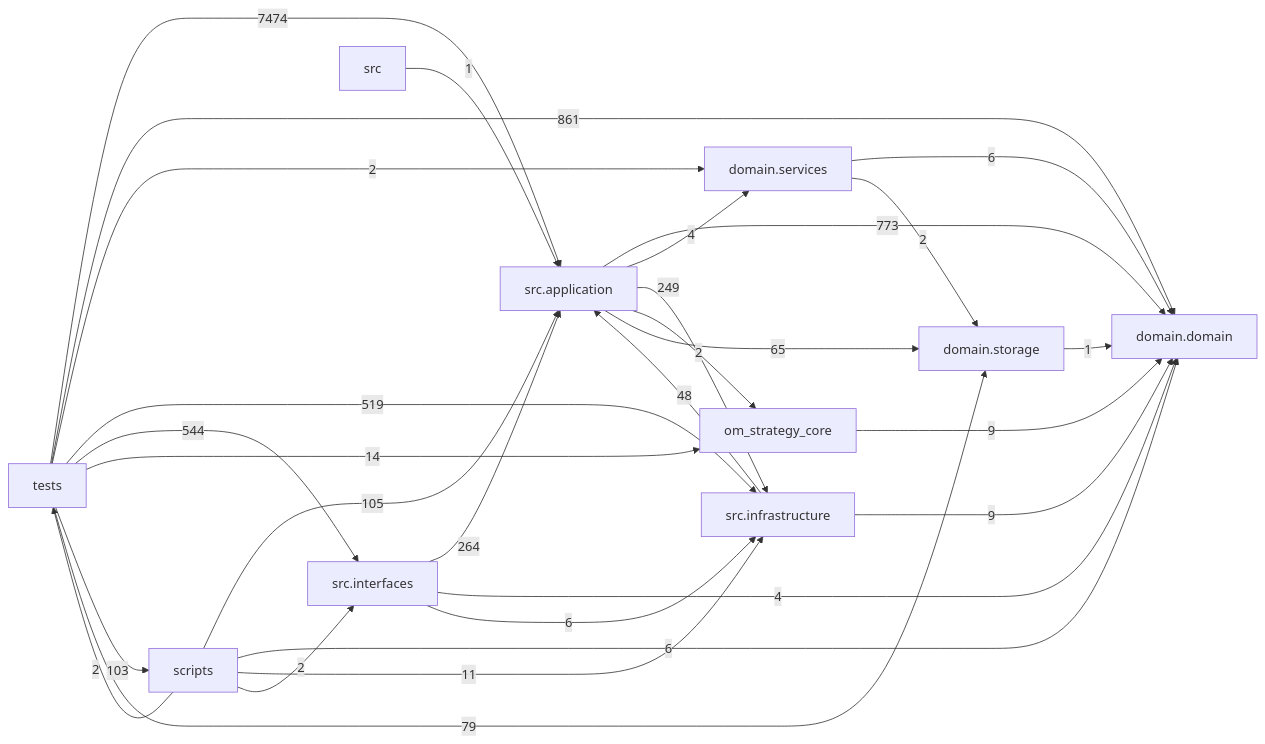
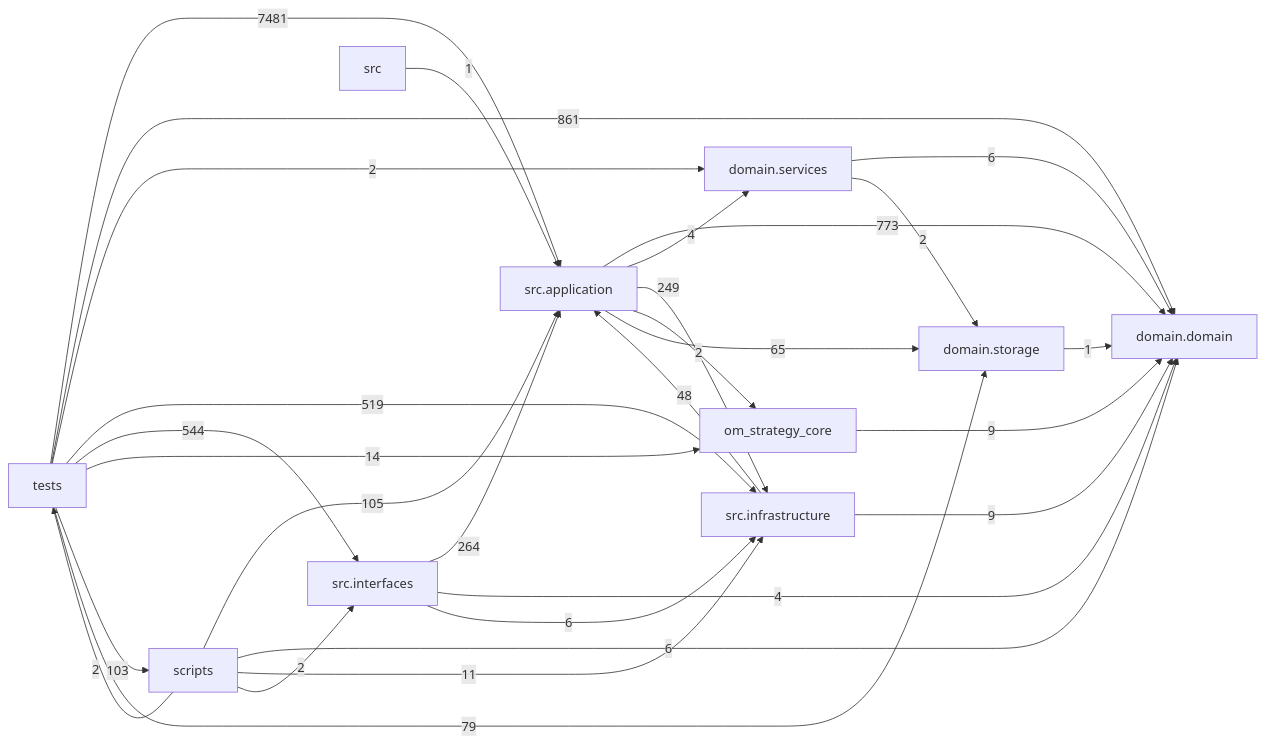
One commit to liuxie066/options-monitor changed the diagram in docs/DEPENDENCY_GRAPH.md. Above: the diagram before and after it, drawn with Mermaid. The commit also changed other lines of this file and 19 other files, not shown here.

````diff
--- a/docs/DEPENDENCY_GRAPH.md
+++ b/docs/DEPENDENCY_GRAPH.md
@@ -24,39 +24,39 @@
 ```mermaid
 flowchart LR
   tests["tests"]
   scripts["scripts"]
   interfaces["src.interfaces"]
   application["src.application"]
   infrastructure["src.infrastructure"]
   domain_services["domain.services"]
   domain["domain.domain"]
   storage["domain.storage"]
   application -->|773| domain
   application -->|4| domain_services
   application -->|249| infrastructure
   application -->|2| om_strategy_core
   application -->|65| storage
   domain_services -->|6| domain
   domain_services -->|2| storage
   infrastructure -->|48| application
   infrastructure -->|9| domain
   interfaces -->|264| application
   interfaces -->|4| domain
   interfaces -->|6| infrastructure
   om_strategy_core -->|9| domain
   scripts -->|105| application
   scripts -->|6| domain
   scripts -->|11| infrastructure
   scripts -->|2| interfaces
   scripts -->|2| tests
   src -->|1| application
   storage -->|1| domain
-  tests -->|7474| application
+  tests -->|7481| application
   tests -->|861| domain
   tests -->|2| domain_services
   tests -->|519| infrastructure
   tests -->|544| interfaces
   tests -->|14| om_strategy_core
   tests -->|103| scripts
   tests -->|79| storage
 ```
````
